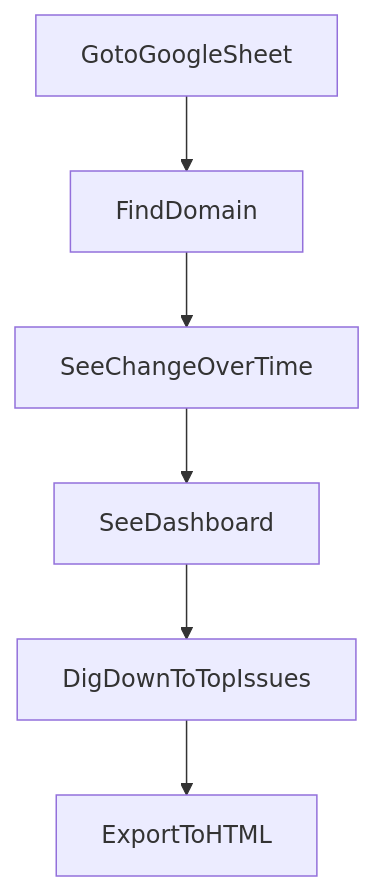
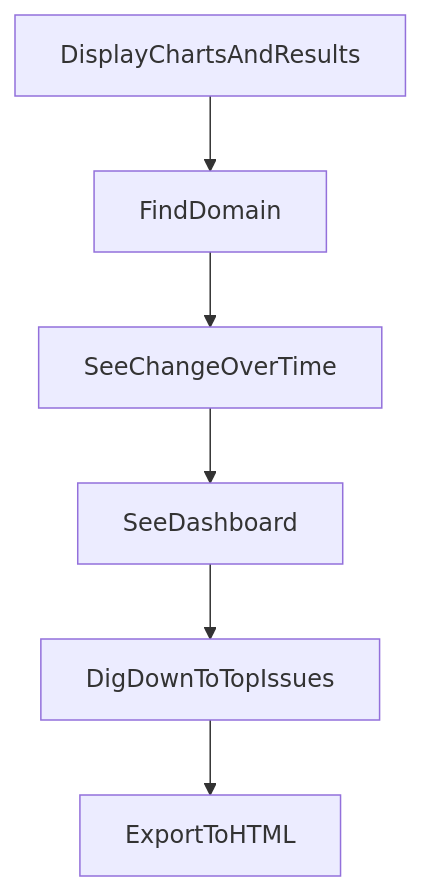
Before and after one commit to mgifford/mermaid-graphs: the second of 2 diagrams in a11y-data-crawls.md, drawn with Mermaid. The commit also changed other lines of this file, not shown here.

````diff
--- a/a11y-data-crawls.md
+++ b/a11y-data-crawls.md
@@ -21,8 +19,8 @@
 ```mermaid
 graph TD
-   GotoGoogleSheet-->FindDomain;
+   DisplayChartsAndResults-->FindDomain;
    FindDomain-->SeeChangeOverTime
    SeeChangeOverTime-->SeeDashboard
    SeeDashboard-->DigDownToTopIssues;
    DigDownToTopIssues-->ExportToHTML;
 ```
````
